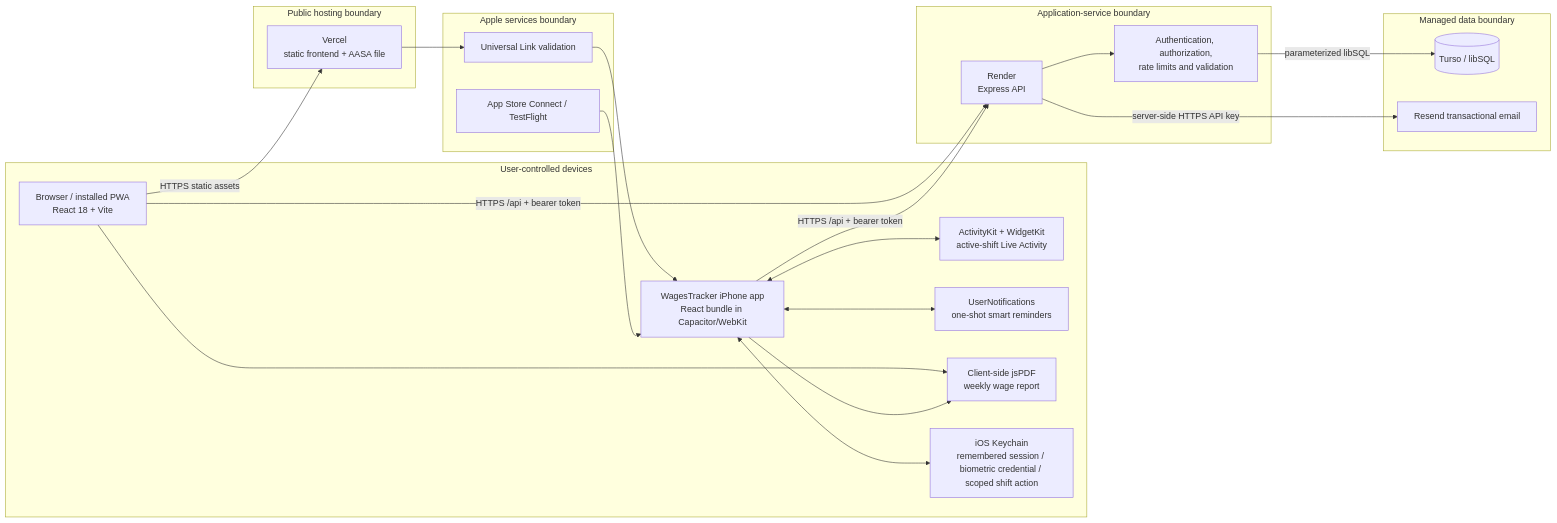
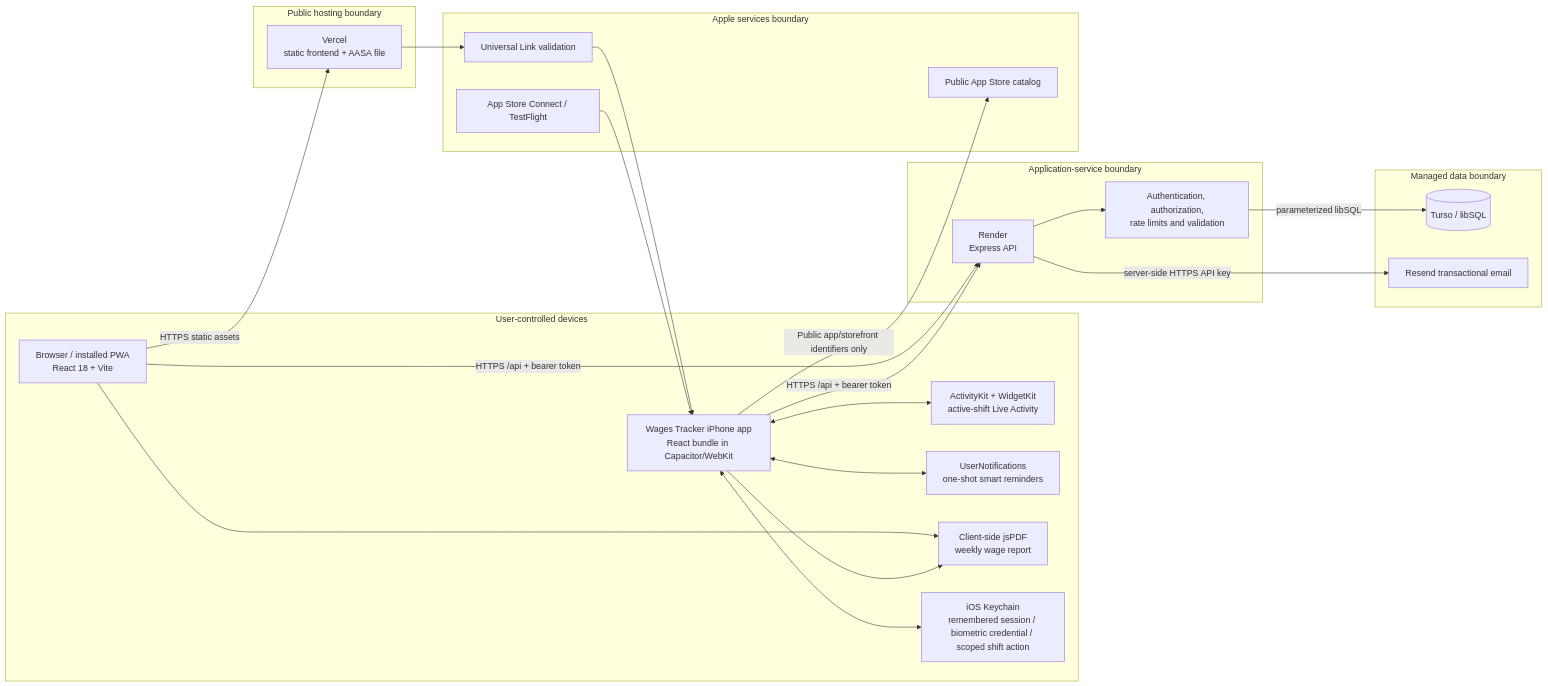
The first of 4 diagrams in docs/architecture.md (Ezaz-Ahmad/WagesTracker), drawn with Mermaid before and after one commit. The commit also changed other lines of this file and 8 other files, not shown here.

````diff
--- a/docs/architecture.md
+++ b/docs/architecture.md
@@ -11,45 +11,47 @@
 ```mermaid
 flowchart LR
   subgraph U["User-controlled devices"]
     WEB["Browser / installed PWA\nReact 18 + Vite"]
-    IOS["WagesTracker iPhone app\nReact bundle in Capacitor/WebKit"]
+    IOS["Wages Tracker iPhone app\nReact bundle in Capacitor/WebKit"]
     LIVE["ActivityKit + WidgetKit\nactive-shift Live Activity"]
     REMIND["UserNotifications\none-shot smart reminders"]
     PDF["Client-side jsPDF\nweekly wage report"]
     KEYCHAIN["iOS Keychain\nremembered session / biometric credential / scoped shift action"]
   end
 
   subgraph EDGE["Public hosting boundary"]
     VERCEL["Vercel\nstatic frontend + AASA file"]
   end
 
   subgraph APIB["Application-service boundary"]
     RENDER["Render\nExpress API"]
     AUTH["Authentication, authorization,\nrate limits and validation"]
   end
 
   subgraph DATA["Managed data boundary"]
     TURSO[("Turso / libSQL")]
     RESEND["Resend transactional email"]
   end
 
   subgraph APPLE["Apple services boundary"]
     AASA["Universal Link validation"]
     ASC["App Store Connect / TestFlight"]
+    CATALOG["Public App Store catalog"]
   end
 
   WEB -->|"HTTPS static assets"| VERCEL
   WEB -->|"HTTPS /api + bearer token"| RENDER
   IOS -->|"HTTPS /api + bearer token"| RENDER
   RENDER --> AUTH
   AUTH -->|"parameterized libSQL"| TURSO
   RENDER -->|"server-side HTTPS API key"| RESEND
   WEB --> PDF
   IOS --> PDF
   IOS <--> LIVE
   IOS <--> REMIND
   IOS <--> KEYCHAIN
   VERCEL --> AASA
   AASA --> IOS
   ASC --> IOS
+  IOS -->|"Public app/storefront identifiers only"| CATALOG
 ```
````
